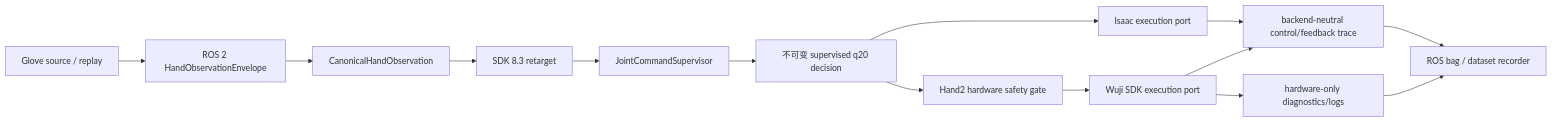
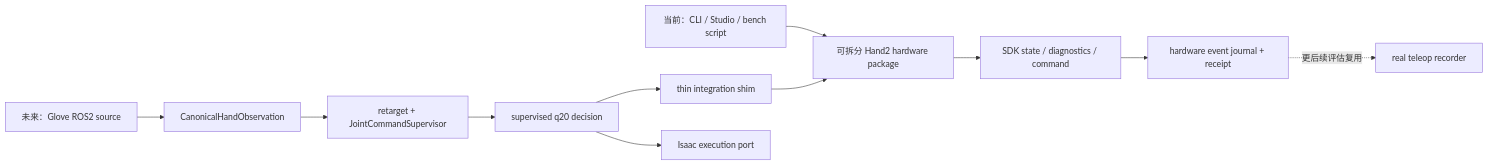
Before and after one commit to shengwenyuan/wujihand: the diagram in docs/015-wuji-hand2-beta1-real-hardware-bringup-and-teleoperation-data-plan.md, drawn with Mermaid. The commit also changed other lines of this file and 27 other files, not shown here.

Commit message:
feat(hardware): validate Hand2 right H0-H3 bench

````diff
--- a/docs/015-wuji-hand2-beta1-real-hardware-bringup-and-teleoperation-data-plan.md
+++ b/docs/015-wuji-hand2-beta1-real-hardware-bringup-and-teleoperation-data-plan.md
@@ -99,16 +109,13 @@
 ```mermaid
 flowchart LR
-    A["Glove source / replay"] --> B["ROS 2 HandObservationEnvelope"]
-    B --> C["CanonicalHandObservation"]
-    C --> D["SDK 8.3 retarget"]
-    D --> E["JointCommandSupervisor"]
-    E --> F["不可变 supervised q20 decision"]
-    F --> G["Isaac execution port"]
-    F --> H["Hand2 hardware safety gate"]
-    H --> I["Wuji SDK execution port"]
-    G --> J["backend-neutral control/feedback trace"]
-    I --> J
-    I --> K["hardware-only diagnostics/logs"]
-    J --> L["ROS bag / dataset recorder"]
-    K --> L
+    A["当前：CLI / Studio / bench script"] --> B["可拆分 Hand2 hardware package"]
+    B --> C["SDK state / diagnostics / command"]
+    C --> D["hardware event journal + receipt"]
+    E["未来：Glove ROS2 source"] --> F["CanonicalHandObservation"]
+    F --> G["retarget + JointCommandSupervisor"]
+    G --> H["supervised q20 decision"]
+    H --> I["thin integration shim"]
+    I --> B
+    H --> J["Isaac execution port"]
+    D -. "更后续评估复用" .-> K["real teleop recorder"]
 ```
````
